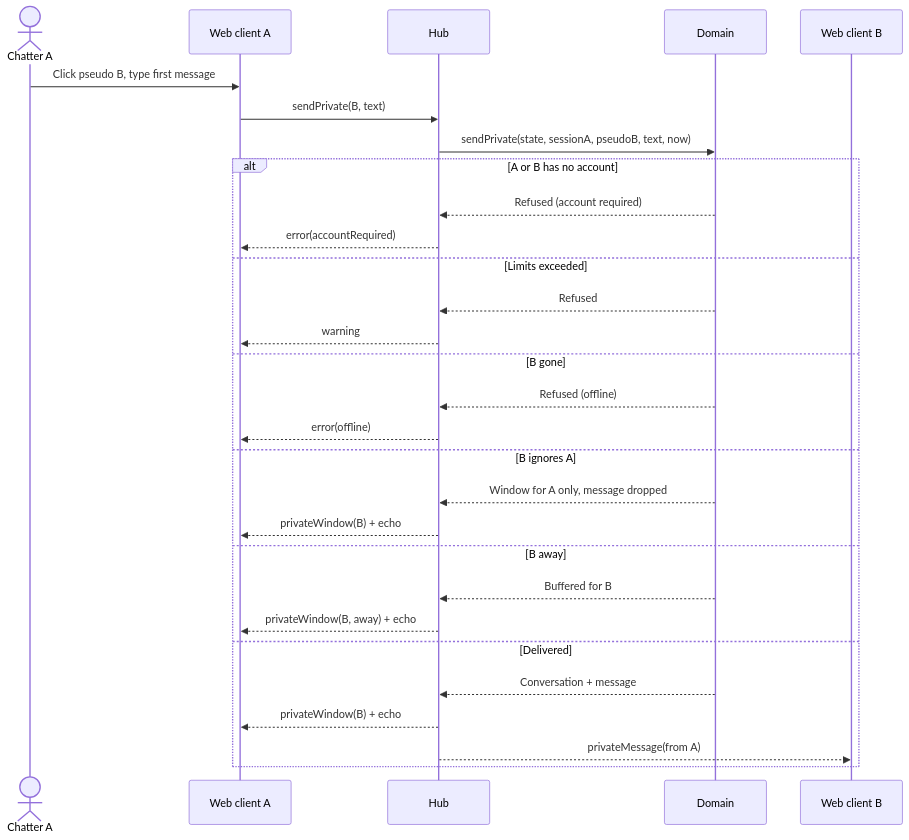
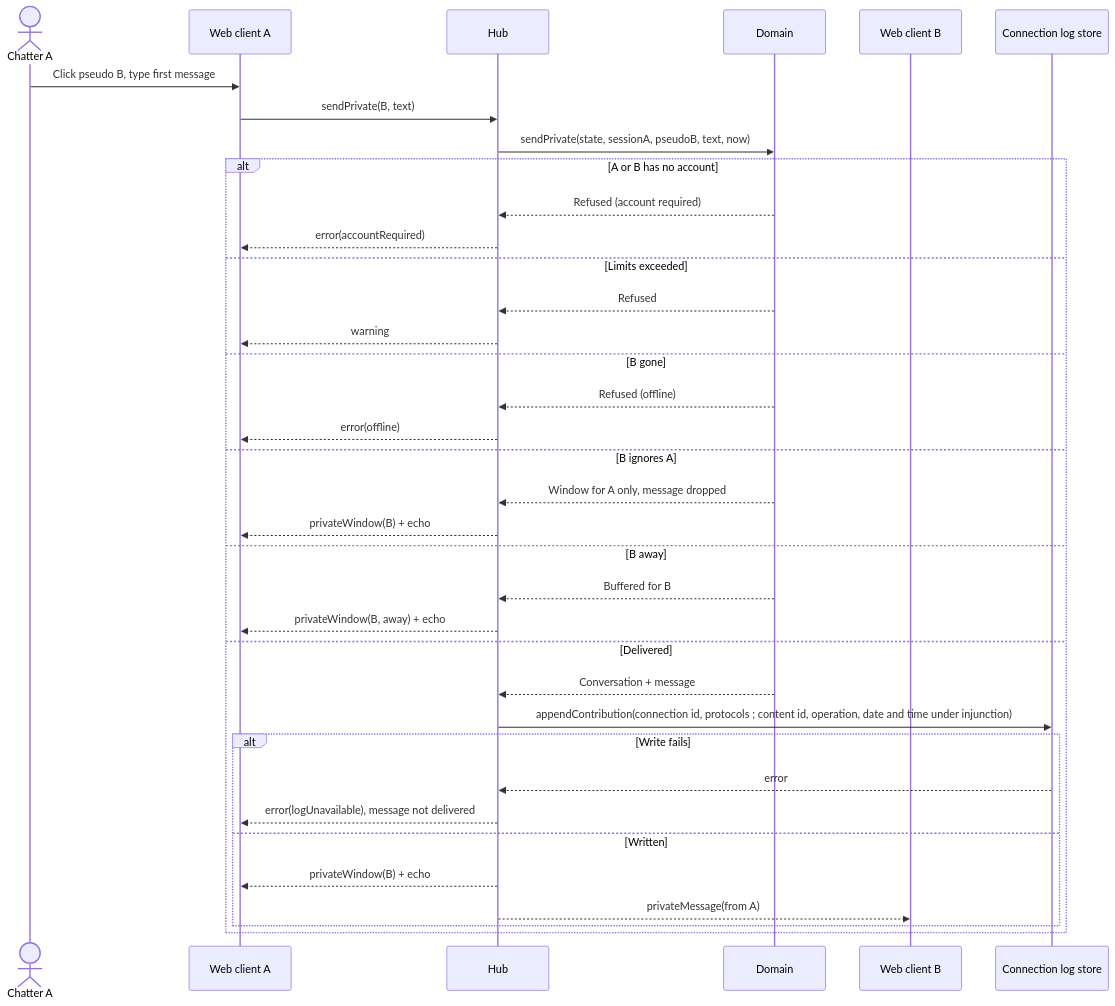
Before and after one commit to benoit-bremaud/asv: the diagram in docs/architecture/diagrams/private-conversations/02-sequence-open-and-reply.md, drawn with Mermaid. The commit also changed other lines of this file and 41 other files, not shown here.

````diff
--- a/docs/architecture/diagrams/private-conversations/02-sequence-open-and-reply.md
+++ b/docs/architecture/diagrams/private-conversations/02-sequence-open-and-reply.md
@@ -15,31 +15,38 @@
 ```mermaid
 sequenceDiagram
   actor A as Chatter A
   participant WA as Web client A
   participant H as Hub
   participant D as Domain
   participant WB as Web client B
+  participant L as Connection log store
   A->>WA: Click pseudo B, type first message
   WA->>H: sendPrivate(B, text)
   H->>D: sendPrivate(state, sessionA, pseudoB, text, now)
   alt A or B has no account
     D-->>H: Refused (account required)
     H-->>WA: error(accountRequired)
   else Limits exceeded
     D-->>H: Refused
     H-->>WA: warning
   else B gone
     D-->>H: Refused (offline)
     H-->>WA: error(offline)
   else B ignores A
     D-->>H: Window for A only, message dropped
     H-->>WA: privateWindow(B) + echo
   else B away
     D-->>H: Buffered for B
     H-->>WA: privateWindow(B, away) + echo
   else Delivered
     D-->>H: Conversation + message
-    H-->>WA: privateWindow(B) + echo
-    H-->>WB: privateMessage(from A)
+    H->>L: appendContribution(connection id, protocols #59; content id, operation, date and time under injunction)
+    alt Write fails
+      L-->>H: error
+      H-->>WA: error(logUnavailable), message not delivered
+    else Written
+      H-->>WA: privateWindow(B) + echo
+      H-->>WB: privateMessage(from A)
+    end
   end
 ```
````
